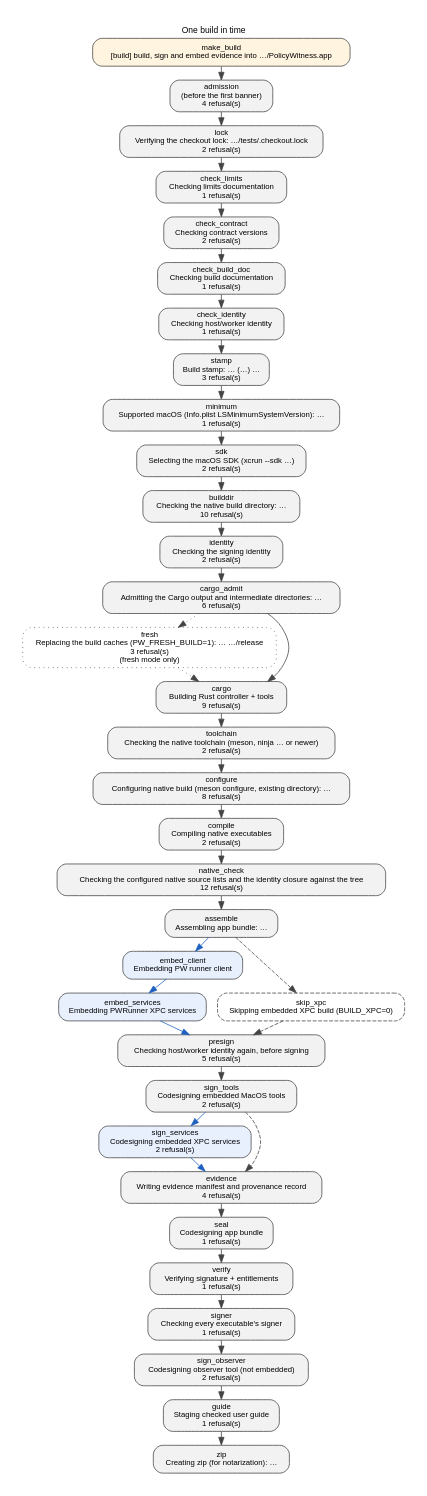
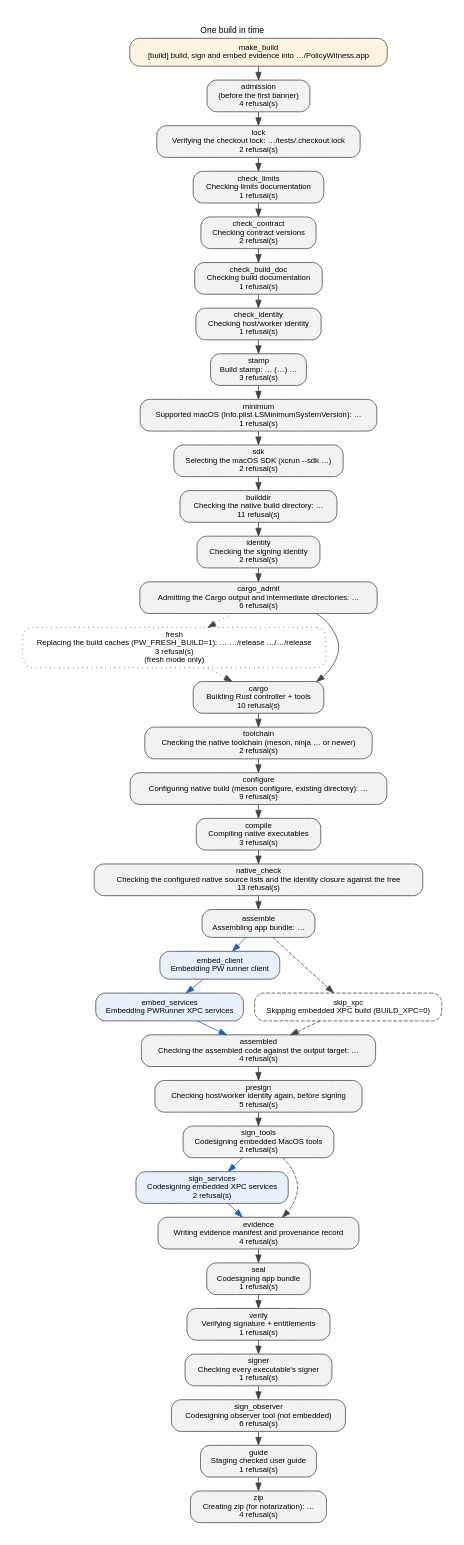
Before and after one commit to Protonk/PolicyWitness: the diagram in docs/build-steps.dot, drawn with Graphviz. The commit also changed 26 other files, not shown here.

First line of the commit message:
Select, check and record thin arm64 outputs in every build

```diff
--- a/docs/build-steps.dot
+++ b/docs/build-steps.dot
@@ -9,32 +9,33 @@
     check_contract [label="check_contract\nChecking contract versions\n2 refusal(s)", URL="BUILD.md#one-build-in-time", tooltip="check_contract: reads docs/contract.json, docs/architecture.json and their generated copies; writes nothing"];
     check_build_doc [label="check_build_doc\nChecking build documentation\n1 refusal(s)", URL="BUILD.md#one-build-in-time", tooltip="check_build_doc: reads docs/build.json, build.sh, meson.build, the Makefile, the inventories, the baseline and the generated copies; writes nothing"];
     check_identity [label="check_identity\nChecking host/worker identity\n1 refusal(s)", URL="BUILD.md#one-build-in-time", tooltip="check_identity: reads the identity inputs and the three generated copies; writes nothing"];
-    stamp [label="stamp\nBuild stamp: … (…) …\n3 refusal(s)", URL="BUILD.md#one-build-in-time", tooltip="stamp: reads git describe, rev-parse and rev-list, or PW_VERSION and PW_BUILD_NUMBER from the environment; writes the four stamp variables for Cargo and the plists; after admitting builddir/, controller/target/, its release/ and the session destination, controller/target/ when it is missing and the build session file, opened with the stamp, the three knobs, the acquisition nonce and the owner's requests"];
+    stamp [label="stamp\nBuild stamp: … (…) …\n3 refusal(s)", URL="BUILD.md#one-build-in-time", tooltip="stamp: reads git describe, rev-parse and rev-list, or PW_VERSION and PW_BUILD_NUMBER from the environment; writes the four stamp variables for Cargo and the plists; after admitting builddir/, controller/target/, its release/, its aarch64-apple-darwin/ and that directory's release/, and the session destination, controller/target/ when it is missing and the build session file, opened with the stamp, the three knobs, the fixed output target, the acquisition nonce and the owner's requests"];
     minimum [label="minimum\nSupported macOS (Info.plist LSMinimumSystemVersion): …\n1 refusal(s)", URL="BUILD.md#one-build-in-time", tooltip="minimum: reads LSMinimumSystemVersion in Info.plist; writes MACOSX_DEPLOYMENT_TARGET for Cargo"];
     sdk [label="sdk\nSelecting the macOS SDK (xcrun --sdk …)\n2 refusal(s)", URL="BUILD.md#one-build-in-time", tooltip="sdk: reads the SDK path and numeric version xcrun reports under DEVELOPER_DIR for the macosx default, or for the SDK a caller's SDKROOT names; writes SDKROOT for Cargo and Meson, resolved by xcrun, and the SDK version every shipped output must carry"];
-    builddir [label="builddir\nChecking the native build directory: …\n10 refusal(s)", URL="BUILD.md#one-build-in-time", tooltip="builddir: reads in incremental mode: builddir/meson-info/meson-info.json and builddir/pw-toolchain.json when the directory is configured, and the stamped SDK, developer directory, compiler commands and Rust compiler probed now; in fresh mode nothing, since the directory is replaced; writes the toolchain observation into the build session"];
+    builddir [label="builddir\nChecking the native build directory: …\n11 refusal(s)", URL="BUILD.md#one-build-in-time", tooltip="builddir: reads in incremental mode: builddir/meson-info/meson-info.json and builddir/pw-toolchain.json when the directory is configured: its output target (Meson's host machine, the targets' architecture selections and the Cargo triple), compared with the required target and then with Meson's introspection of the directory before any probe, and the stamped SDK, developer directory, compiler commands and Rust compiler probed now; in fresh mode nothing, since the directory is replaced; writes the toolchain observation into the build session"];
     identity [label="identity\nChecking the signing identity\n2 refusal(s)", URL="BUILD.md#one-build-in-time", tooltip="identity: reads IDENTITY and the keychain listing; the knobs, for Meson's options and RUSTFLAGS; writes RUSTFLAGS, when inspection is on and it was unset or empty, and the record of who set it"];
-    cargo_admit [label="cargo_admit\nAdmitting the Cargo output and intermediate directories: …\n6 refusal(s)", URL="BUILD.md#one-build-in-time", tooltip="cargo_admit: reads Cargo's configuration as one invocation from this directory reads it: `.cargo/config` or `config.toml` here, in each ancestor and in Cargo home, with their includes, merged by Cargo's precedence; the environment overrides; the launcher (a rustup proxy and the toolchain it resolves); and cargo metadata's report of the target and build directories under the pinned target directory; writes the compiler and wrapper selection with its sources, the `[env]` entries and whether each applied, the compiler's inputs in Cargo's child environment, the requested Rust flags by precedence and the admission, into the build session"];
-    fresh [label="fresh\nReplacing the build caches (PW_FRESH_BUILD=1): … …/release\n3 refusal(s)\n(fresh mode only)", URL="BUILD.md#one-build-in-time", tooltip="fresh: reads builddir/ and controller/target/release/, admitted again with every component below the checkout a real directory of this user, or absent, both before either is removed, and rechecked before each removal; writes removes both directories through their admitted descriptors; records each one's replacement in the build session; nothing else is removed", style="rounded,dotted", fillcolor="#fdf2f2"];
-    cargo [label="cargo\nBuilding Rust controller + tools\n9 refusal(s)", URL="BUILD.md#one-build-in-time", tooltip="cargo: reads cargo on PATH with its configuration, caches and registries; controller/ sources, the stamp variables, MACOSX_DEPLOYMENT_TARGET, SDKROOT and RUSTFLAGS; the artifact paths and per-target reuse judgments Cargo reports, each a literal boolean bound to the shipped target, a typed non-test profile and the admitted executable, and Cargo's fingerprint for each shipped target; writes controller/target/release/ under the pinned output directory, the messages file Cargo reports its artifacts in, and the judgments into the build session"];
+    cargo_admit [label="cargo_admit\nAdmitting the Cargo output and intermediate directories: …\n6 refusal(s)", URL="BUILD.md#one-build-in-time", tooltip="cargo_admit: reads Cargo's configuration as one invocation from this directory reads it: `.cargo/config` or `config.toml` here, in each ancestor and in Cargo home, with their includes, merged by Cargo's precedence; the environment overrides; the launcher (a rustup proxy and the toolchain it resolves); the output triple the command passes and the lower-precedence target defaults it overrides; and cargo metadata's report of the target and build directories under the pinned target directory; writes the compiler and wrapper selection with its sources, the `[env]` entries and whether each applied, the compiler's inputs in Cargo's child environment, the output triple with the defaults it overrides, the requested Rust flags by precedence, target rules attributed to that triple and the admission, into the build session"];
+    fresh [label="fresh\nReplacing the build caches (PW_FRESH_BUILD=1): … …/release …/…/release\n3 refusal(s)\n(fresh mode only)", URL="BUILD.md#one-build-in-time", tooltip="fresh: reads builddir/, controller/target/release/ and controller/target/aarch64-apple-darwin/release/, admitted again with every component below the checkout a real directory of this user, or absent, all before any is removed, and rechecked before each removal; writes removes the three directories through their admitted descriptors; records each one's replacement in the build session; nothing else is removed, including other profiles and other triples", style="rounded,dotted", fillcolor="#fdf2f2"];
+    cargo [label="cargo\nBuilding Rust controller + tools\n10 refusal(s)", URL="BUILD.md#one-build-in-time", tooltip="cargo: reads cargo on PATH with its configuration, caches and registries; controller/ sources and the output triple passed with --target, the stamp variables, MACOSX_DEPLOYMENT_TARGET, SDKROOT and RUSTFLAGS; the artifact paths and per-target reuse judgments Cargo reports, each a literal boolean bound to the shipped target, a typed non-test profile and the admitted executable, and Cargo's fingerprint for each shipped target; each shipped output's container, architecture names and platform, from its header, lipo -archs and its load commands; writes controller/target/aarch64-apple-darwin/release/ under the pinned output directory for the shipped executables and controller/target/release/ for build scripts and procedural macros, the messages file Cargo reports its artifacts in, and the output check's observations and the judgments into the build session"];
     toolchain [label="toolchain\nChecking the native toolchain (meson, ninja … or newer)\n2 refusal(s)", URL="BUILD.md#one-build-in-time", tooltip="toolchain: reads meson and ninja on PATH and ninja's version; writes nothing"];
-    configure [label="configure\nConfiguring native build (meson configure, existing directory): …\n8 refusal(s)", URL="BUILD.md#one-build-in-time", tooltip="configure: reads whether builddir/build.ninja exists, meson.build, meson.options and the two Meson options; a fresh setup also reads CFLAGS and the other flag variables, and the compilers Meson selected; writes builddir/ configuration; a fresh setup publishes builddir/pw-toolchain.json atomically from the selected compilers, SDK and Rust compiler; meson configure records the two options and the policy assertions run at setup or at the regeneration the next compile triggers"];
-    compile [label="compile\nCompiling native executables\n2 refusal(s)", URL="BUILD.md#one-build-in-time", tooltip="compile: reads the native sources through builddir/; a changed option triggers regeneration, which runs the policy assertions first; writes builddir/ outputs and the Swift module cache under it"];
-    native_check [label="native_check\nChecking the configured native source lists and the identity closure against the tree\n12 refusal(s)", URL="BUILD.md#one-build-in-time", tooltip="native_check: reads Meson's introspection of builddir/, Ninja's dependency log, the identity inputs, the stamp and the compilers the directory records, and every shipped output's load commands; writes builddir/pw-toolchain.json extended with the Swift compiler a reused directory discovered when this build enabled the XPC pieces, atomically and without changing another field; the toolchain, option and SDK observations into the build session"];
+    configure [label="configure\nConfiguring native build (meson configure, existing directory): …\n9 refusal(s)", URL="BUILD.md#one-build-in-time", tooltip="configure: reads whether builddir/build.ninja exists, meson.build, meson.options and the two Meson options; a fresh setup also reads CFLAGS and the other flag variables, and the compilers Meson selected; writes builddir/ configuration; a fresh setup publishes builddir/pw-toolchain.json atomically from the selected compilers, SDK and Rust compiler; meson configure records the two options and the policy assertions run at setup or at the regeneration the next compile triggers"];
+    compile [label="compile\nCompiling native executables\n3 refusal(s)", URL="BUILD.md#one-build-in-time", tooltip="compile: reads the native sources through builddir/; a changed option triggers regeneration, which runs the policy assertions first; writes builddir/ outputs and the Swift module cache under it"];
+    native_check [label="native_check\nChecking the configured native source lists and the identity closure against the tree\n13 refusal(s)", URL="BUILD.md#one-build-in-time", tooltip="native_check: reads Meson's introspection of builddir/, Ninja's dependency log, the identity inputs, the stamp and the compilers the directory records, and every shipped output's container, architecture names and load commands; writes builddir/pw-toolchain.json extended with the Swift compiler a reused directory discovered when this build enabled the XPC pieces, atomically and without changing another field; the toolchain, option, Meson machine, output target and SDK observations into the build session"];
     assemble [label="assemble\nAssembling app bundle: …", URL="BUILD.md#one-build-in-time", tooltip="assemble: reads Info.plist, the three Rust outputs, runner/augments/, dist/README.md and dist/AGENTS.md, all admitted before the first check; writes the two documents under DIST_DIR; removes the previous app, ZIP and guide; the stamped Info.plist, the three Rust executables and the augments under the new app"];
     embed_client [label="embed_client\nEmbedding PW runner client", URL="BUILD.md#one-build-in-time", tooltip="embed_client: reads builddir/pw-runner-client; writes Contents/MacOS/pw-runner-client and its dSYM in inspection builds", fillcolor="#e8f0fe"];
     embed_services [label="embed_services\nEmbedding PWRunner XPC services", URL="BUILD.md#one-build-in-time", tooltip="embed_services: reads each service's Info.plist and builddir/ host, the worker, validator and issuer; writes each service bundle: its stamped Info.plist, the host with its dSYM in inspection builds, the worker, validator and issuer", fillcolor="#e8f0fe"];
     skip_xpc [label="skip_xpc\nSkipping embedded XPC build (BUILD_XPC=0)", URL="BUILD.md#one-build-in-time", tooltip="skip_xpc: reads nothing; writes nothing", style="rounded,dashed", fillcolor="white"];
+    assembled [label="assembled\nChecking the assembled code against the output target: …\n4 refusal(s)", URL="BUILD.md#one-build-in-time", tooltip="assembled: reads every regular file under the assembled app whose header is a Mach-O or fat container, found by header rather than by the names copied in and including the bundle mains, except dSYM companions: its container, lipo -archs names and LC_BUILD_VERSION platform; writes the observations into the build session; nothing in the bundle"];
     presign [label="presign\nChecking host/worker identity again, before signing\n5 refusal(s)", URL="BUILD.md#one-build-in-time", tooltip="presign: reads the identity inputs and copies, the generated identity in tests/lib/contract.py and the built worker's --version report; writes nothing"];
     sign_tools [label="sign_tools\nCodesigning embedded MacOS tools\n2 refusal(s)", URL="BUILD.md#one-build-in-time", tooltip="sign_tools: reads the copied top-level helpers; writes signatures on the top-level helpers"];
     sign_services [label="sign_services\nCodesigning embedded XPC services\n2 refusal(s)", URL="BUILD.md#one-build-in-time", tooltip="sign_services: reads each service's Entitlements.plist, admitted before the first check, and the assembled bundle; writes signatures on the nested helpers, then each service seal", fillcolor="#e8f0fe"];
-    evidence [label="evidence\nWriting evidence manifest and provenance record\n4 refusal(s)", URL="BUILD.md#one-build-in-time", tooltip="evidence: reads the signed bytes, entitlements and exported symbols of the helpers, services and augments; the build session; every shipped output's load commands and signature display; the caller's requests and Cargo's effective deployment target and SDK, from the build session; writes Contents/Resources/Evidence/manifest.json, symbols.json and provenance.json, the manifest listing the other two; the record only after it passes its own validation"];
+    evidence [label="evidence\nWriting evidence manifest and provenance record\n4 refusal(s)", URL="BUILD.md#one-build-in-time", tooltip="evidence: reads the signed bytes, entitlements and exported symbols of the helpers, services and augments; the build session; every shipped output's load commands, container, architecture names and signature display; the caller's requests and Cargo's effective deployment target and SDK, from the build session; writes Contents/Resources/Evidence/manifest.json, symbols.json and provenance.json, the manifest listing the other two; the record only after it passes its own validation"];
     seal [label="seal\nCodesigning app bundle\n1 refusal(s)", URL="BUILD.md#one-build-in-time", tooltip="seal: reads PolicyWitness.entitlements; writes the app seal over everything under Contents/"];
     verify [label="verify\nVerifying signature + entitlements\n1 refusal(s)", URL="BUILD.md#one-build-in-time", tooltip="verify: reads the sealed app; writes nothing"];
     signer [label="signer\nChecking every executable's signer\n1 refusal(s)", URL="BUILD.md#one-build-in-time", tooltip="signer: reads every regular file under the app's and each service's Contents/MacOS, and the app and service seals, as codesign displays them; writes nothing"];
-    sign_observer [label="sign_observer\nCodesigning observer tool (not embedded)\n2 refusal(s)", URL="BUILD.md#one-build-in-time", tooltip="sign_observer: reads controller/target/release/sandbox-log-observer; writes that executable's signature, in place"];
+    sign_observer [label="sign_observer\nCodesigning observer tool (not embedded)\n6 refusal(s)", URL="BUILD.md#one-build-in-time", tooltip="sign_observer: reads controller/target/aarch64-apple-darwin/release/sandbox-log-observer, checked against the output target at this boundary before it is signed; writes that executable's signature, in place, and its observation into the build session"];
     guide [label="guide\nStaging checked user guide\n1 refusal(s)", URL="BUILD.md#one-build-in-time", tooltip="guide: reads docs/PolicyWitness.md and its inputs; writes PolicyWitness.md under DIST_DIR"];
-    zip [label="zip\nCreating zip (for notarization): …", URL="BUILD.md#one-build-in-time", tooltip="zip: reads the sealed app; writes PolicyWitness.zip under DIST_DIR"];
+    zip [label="zip\nCreating zip (for notarization): …\n4 refusal(s)", URL="BUILD.md#one-build-in-time", tooltip="zip: reads the sealed app, every Mach-O in it checked against the output target again before the ZIP is written; writes PolicyWitness.zip under DIST_DIR"];
     make_build -> admission;
     admission -> lock;
     lock -> check_limits;
@@ -58,8 +59,9 @@
     assemble -> embed_client [color="#1f5fbf"];
     embed_client -> embed_services [color="#1f5fbf"];
     assemble -> skip_xpc [style=dashed];
-    embed_services -> presign [color="#1f5fbf"];
-    skip_xpc -> presign [style=dashed];
+    embed_services -> assembled [color="#1f5fbf"];
+    skip_xpc -> assembled [style=dashed];
+    assembled -> presign;
     presign -> sign_tools;
     sign_tools -> sign_services [color="#1f5fbf"];
     sign_services -> evidence [color="#1f5fbf"];
```
